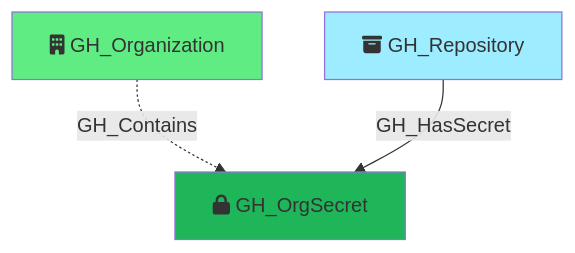
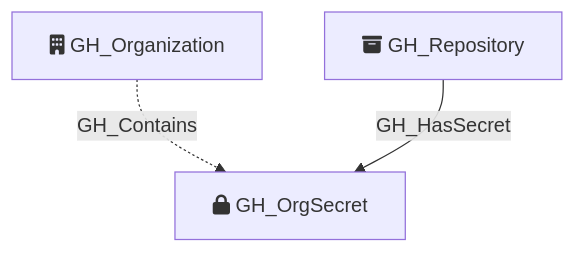
One commit to SpecterOps/GitHound changed the diagram in Documentation/NodeDescriptions/GH_OrgSecret.md. Above: the diagram before and after it, drawn with Mermaid. The commit also changed 23 other files, not shown here.

Commit message:
rm mermaid box colors

````diff
--- a/Documentation/NodeDescriptions/GH_OrgSecret.md
+++ b/Documentation/NodeDescriptions/GH_OrgSecret.md
@@ -35,13 +35,10 @@
 ```mermaid
 flowchart TD
     GH_OrgSecret[fa:fa-lock GH_OrgSecret]
     GH_Organization[fa:fa-building GH_Organization]
     GH_Repository[fa:fa-box-archive GH_Repository]
 
-    style GH_OrgSecret fill:#1FB65A
-    style GH_Organization fill:#5FED83
-    style GH_Repository fill:#9EECFF
 
     GH_Organization -.->|GH_Contains| GH_OrgSecret
     GH_Repository -->|GH_HasSecret| GH_OrgSecret
 ```
````
